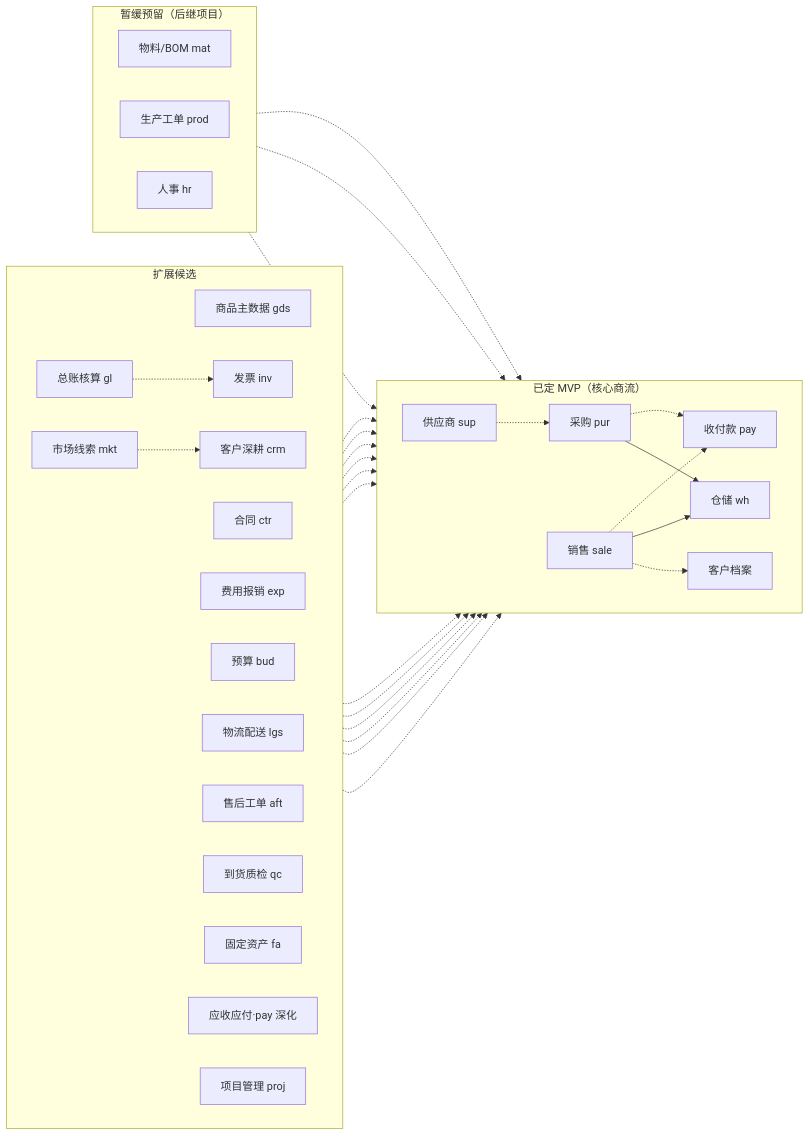
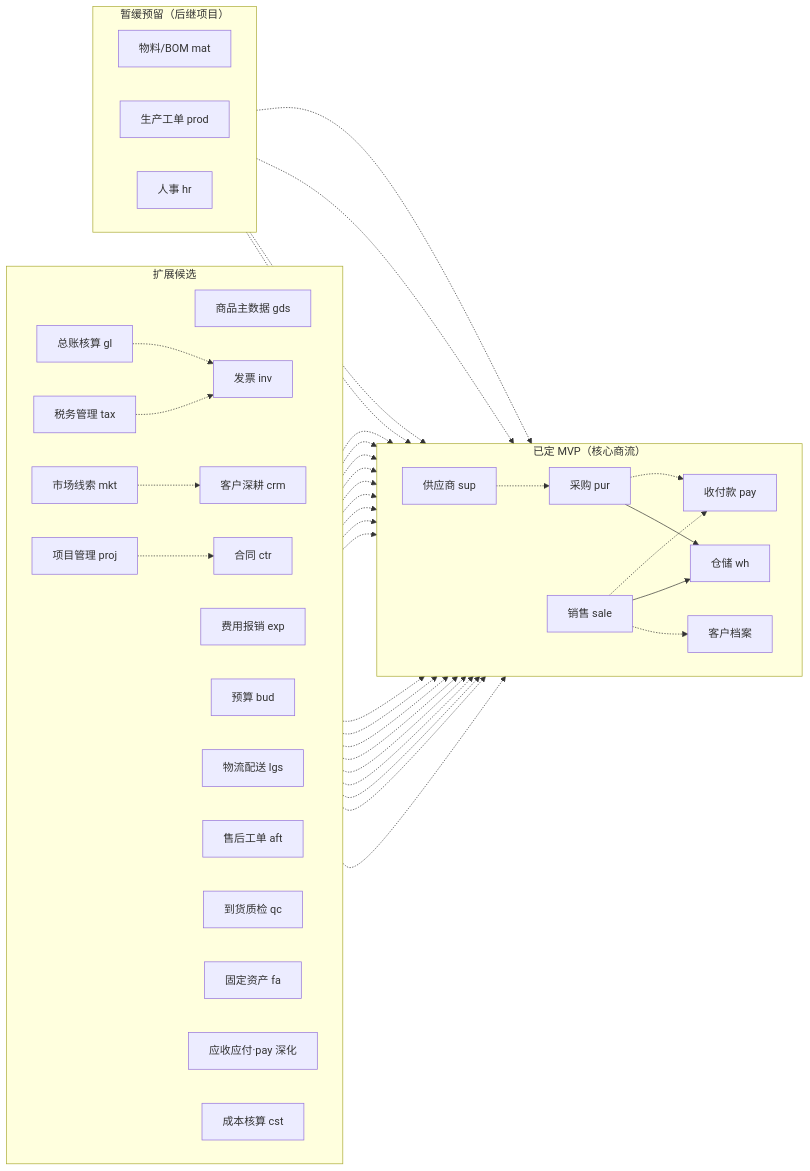
Before and after one commit to minjian123/business-operation-management: the first of 2 diagrams in biz文档/规划/biz企业运营管理规划.md, drawn with Mermaid. The commit also changed other lines of this file, not shown here.

````diff
--- a/biz文档/规划/biz企业运营管理规划.md
+++ b/biz文档/规划/biz企业运营管理规划.md
@@ -70,40 +81,44 @@
 ```mermaid
 flowchart LR
     subgraph C1["已定 MVP（核心商流）"]
         direction LR
         SUP[供应商 sup] -.-> PO[采购 pur]
         PO --> WH[仓储 wh]
         SO[销售 sale] -.-> CUST[客户档案]
         SO --> WH
         PO -.-> PAY[收付款 pay]
         SO -.-> PAY
     end
     subgraph C2["扩展候选"]
         direction LR
-        GDS[商品主数据 gds]
+        GDS[商品主数据 gds] -.-> PO
+        GDS -.-> SO
         CTR[合同 ctr] -.-> PO
         CTR -.-> SO
         INV[发票 inv] -.-> PAY
-        EXP[费用报销 exp]
+        EXP[费用报销 exp] -.-> PAY
         BUD[预算 bud] -.-> PAY
         LGS[物流配送 lgs] -.-> SO
         LGS -.-> WH
         AFT[售后工单 aft] -.-> SO
         QC[到货质检 qc] -.-> PO
         QC -.-> WH
-        FA[固定资产 fa]
+        FA[固定资产 fa] -.-> PO
         CRM[客户深耕 crm] -.-> CUST
         AP[应收应付·pay 深化] -.-> PAY
         GL[总账核算 gl] -.-> PAY
         GL -.-> INV
+        CST[成本核算 cst] -.-> WH
+        TAX[税务管理 tax] -.-> PAY
+        TAX -.-> INV
         MKT[市场线索 mkt] -.-> CRM
-        PROJ[项目管理 proj]
+        PROJ[项目管理 proj] -.-> CTR
     end
     subgraph C3["暂缓预留（后继项目）"]
         direction LR
         MAT[物料/BOM mat] -.-> PO
         MAT -.-> SO
         PROD[生产工单 prod] -.-> WH
-        HR[人事 hr]
+        HR[人事 hr] -.-> PAY
     end
 ```
````
